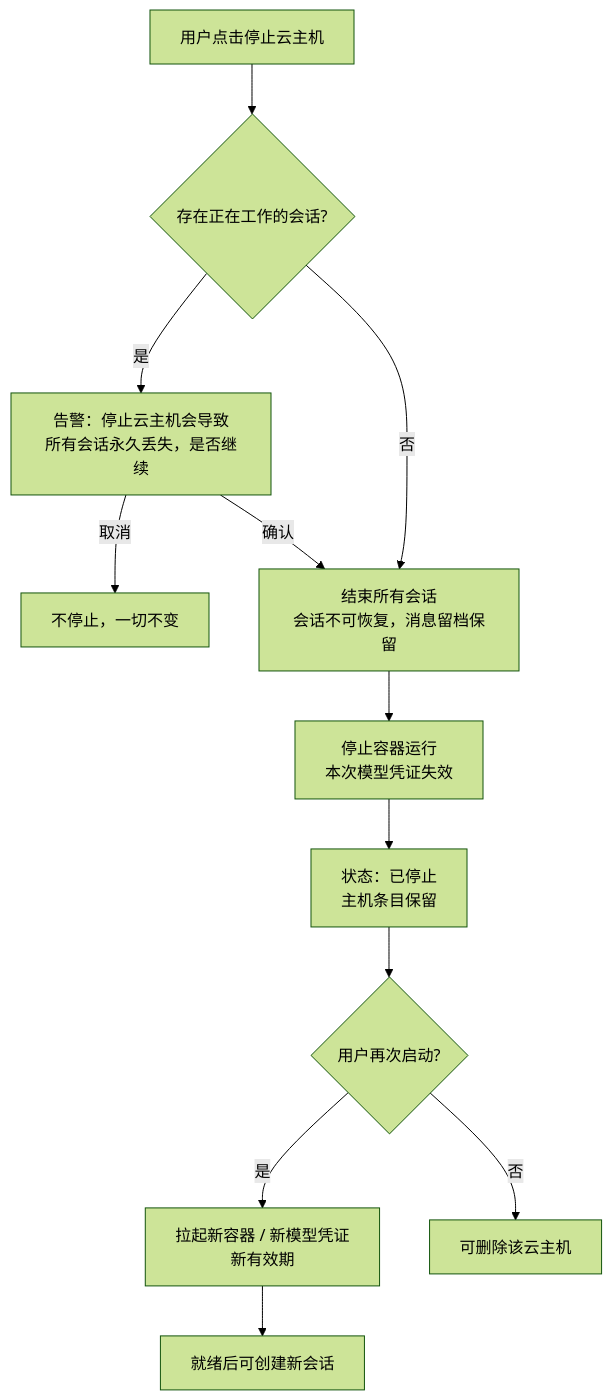
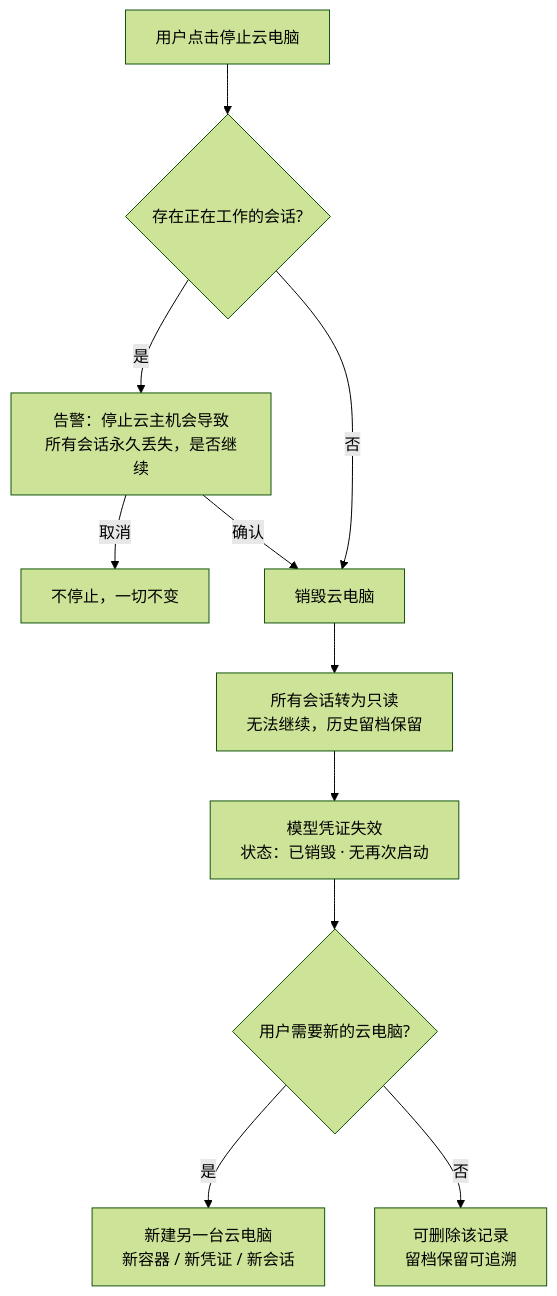
The second of 3 diagrams in docs/product/draft/20261020-container-harness-support.md (Deliay/z-agent-gear), drawn with Mermaid (forest theme) before and after one commit. The commit also changed other lines of this file and 3 other files, not shown here.

````diff
--- a/docs/product/draft/20261020-container-harness-support.md
+++ b/docs/product/draft/20261020-container-harness-support.md
@@ -208,14 +211,13 @@
 ```mermaid
 flowchart TD
-    A[用户点击停止云主机] --> B{存在正在工作的会话?}
+    A[用户点击停止云电脑] --> B{存在正在工作的会话?}
     B -->|是| C[告警：停止云主机会导致<br/>所有会话永久丢失，是否继续]
     C -->|取消| D[不停止，一切不变]
-    C -->|确认| E[结束所有会话<br/>会话不可恢复，消息留档保留]
+    C -->|确认| E[销毁云电脑]
     B -->|否| E
-    E --> F[停止容器运行<br/>本次模型凭证失效]
-    F --> G[状态：已停止<br/>主机条目保留]
-    G --> H{用户再次启动?}
-    H -->|是| I[拉起新容器 / 新模型凭证<br/>新有效期]
-    I --> J[就绪后可创建新会话]
-    H -->|否| K[可删除该云主机]
+    E --> F[所有会话转为只读<br/>无法继续，历史留档保留]
+    F --> G[模型凭证失效<br/>状态：已销毁 · 无再次启动]
+    G --> H{用户需要新的云电脑?}
+    H -->|是| C2[新建另一台云电脑<br/>新容器 / 新凭证 / 新会话]
+    H -->|否| I[可删除该记录<br/>留档保留可追溯]
 ```
````
